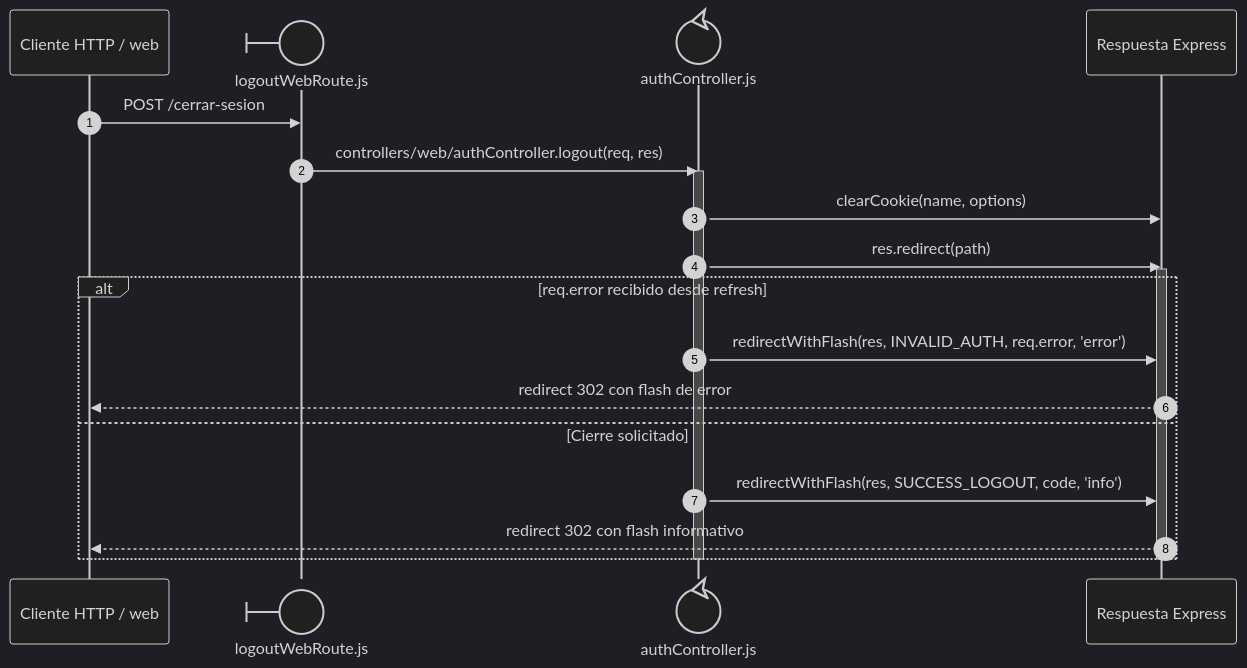
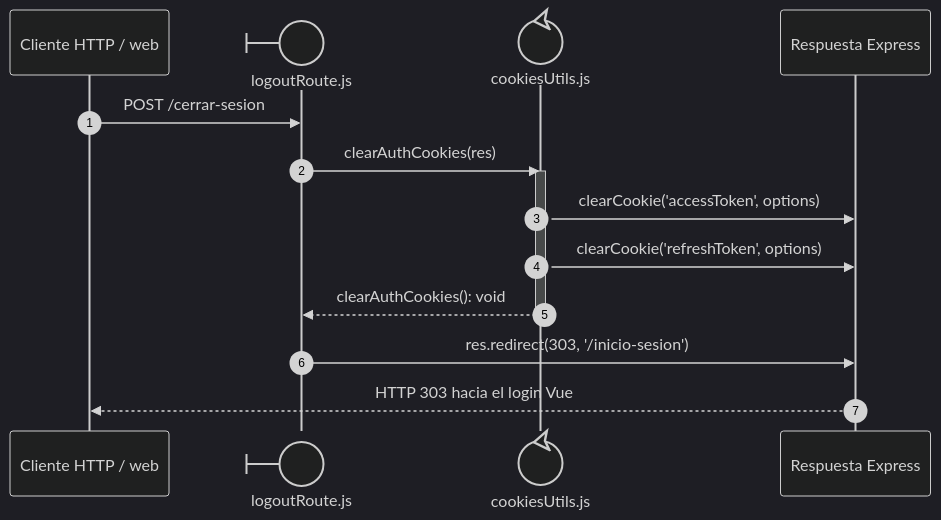
The diagram in back/docs/architecture/views/processes/backend-code-sequences/authentication/cu-aut-02.md (gpgsistemas01/nexus), drawn with Mermaid (dark theme) before and after one commit. The commit also changed other lines of this file and 956 other files, not shown here.

````diff
--- a/back/docs/architecture/views/processes/backend-code-sequences/authentication/cu-aut-02.md
+++ b/back/docs/architecture/views/processes/backend-code-sequences/authentication/cu-aut-02.md
@@ -22,24 +15,18 @@
 ```mermaid
 sequenceDiagram
     autonumber
     participant Client as Cliente HTTP / web
-    participant Route@{ "type": "boundary" } as logoutWebRoute.js
-    participant Controller@{ "type": "control" } as authController.js
+    participant Route@{ "type": "boundary" } as logoutRoute.js
+    participant Cookies@{ "type": "control" } as cookiesUtils.js
     participant Response as Respuesta Express
 
     Client->>Route: POST /cerrar-sesion
-    Route->>Controller: controllers/web/authController.logout(req, res)
-    activate Controller
-    Controller->>Response: clearCookie(name, options)
-    Controller->>Response: res.redirect(path)
-    activate Response
-    alt req.error recibido desde refresh
-        Controller->>Response: redirectWithFlash(res, INVALID_AUTH, req.error, 'error')
-        Response-->>Client: redirect 302 con flash de error
-    else Cierre solicitado
-        Controller->>Response: redirectWithFlash(res, SUCCESS_LOGOUT, code, 'info')
-        Response-->>Client: redirect 302 con flash informativo
-    end
-    deactivate Response
-    deactivate Controller
+    Route->>Cookies: clearAuthCookies(res)
+    activate Cookies
+    Cookies->>Response: clearCookie('accessToken', options)
+    Cookies->>Response: clearCookie('refreshToken', options)
+    Cookies-->>Route: clearAuthCookies(): void
+    deactivate Cookies
+    Route->>Response: res.redirect(303, '/inicio-sesion')
+    Response-->>Client: HTTP 303 hacia el login Vue
 ```
````
